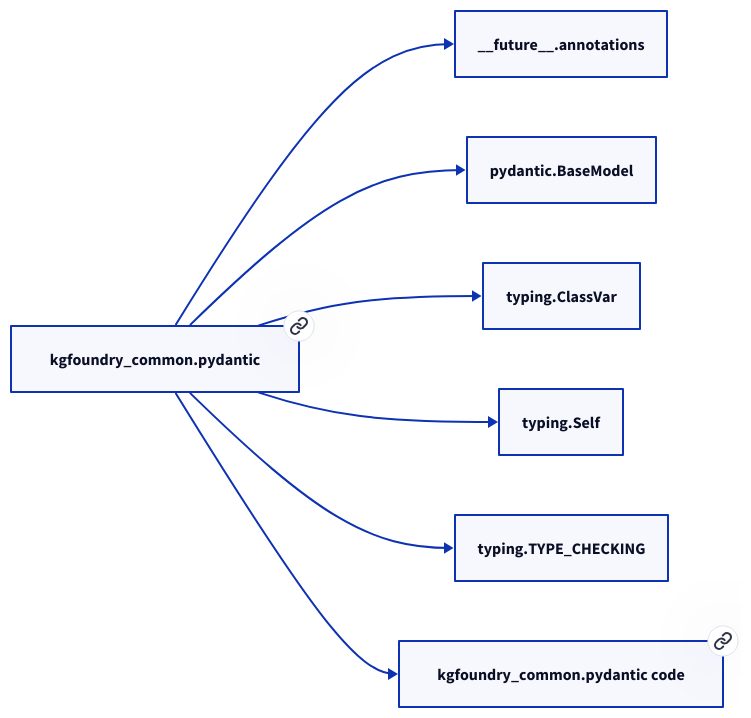
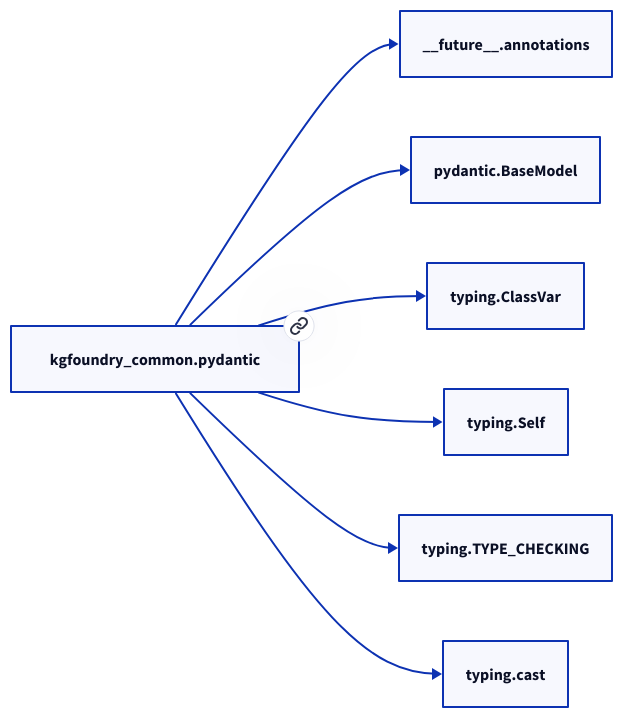
One commit to paul-heyse/kgforge changed the second of 2 diagrams in docs/modules/kgfoundry_common/pydantic.md. Above: the diagram before and after it, drawn with D2. The commit also changed other lines of this file and 118 other files, not shown here.

````diff
--- a/docs/modules/kgfoundry_common/pydantic.md
+++ b/docs/modules/kgfoundry_common/pydantic.md
@@ -34,16 +32,16 @@
 ```d2
 direction: right
-"kgfoundry_common.pydantic": "kgfoundry_common.pydantic" { link: "./kgfoundry_common/pydantic.md" }
+"kgfoundry_common.pydantic": "kgfoundry_common.pydantic" { link: "pydantic.md" }
 "__future__.annotations": "__future__.annotations"
 "kgfoundry_common.pydantic" -> "__future__.annotations"
 "pydantic.BaseModel": "pydantic.BaseModel"
 "kgfoundry_common.pydantic" -> "pydantic.BaseModel"
 "typing.ClassVar": "typing.ClassVar"
 "kgfoundry_common.pydantic" -> "typing.ClassVar"
 "typing.Self": "typing.Self"
 "kgfoundry_common.pydantic" -> "typing.Self"
 "typing.TYPE_CHECKING": "typing.TYPE_CHECKING"
 "kgfoundry_common.pydantic" -> "typing.TYPE_CHECKING"
-"kgfoundry_common.pydantic_code": "kgfoundry_common.pydantic code" { link: "https://github.com/kgfoundry/kgfoundry/blob/main/src/kgfoundry_common/pydantic.py" }
-"kgfoundry_common.pydantic" -> "kgfoundry_common.pydantic_code" { style: dashed }
+"typing.cast": "typing.cast"
+"kgfoundry_common.pydantic" -> "typing.cast"
 ```
````
